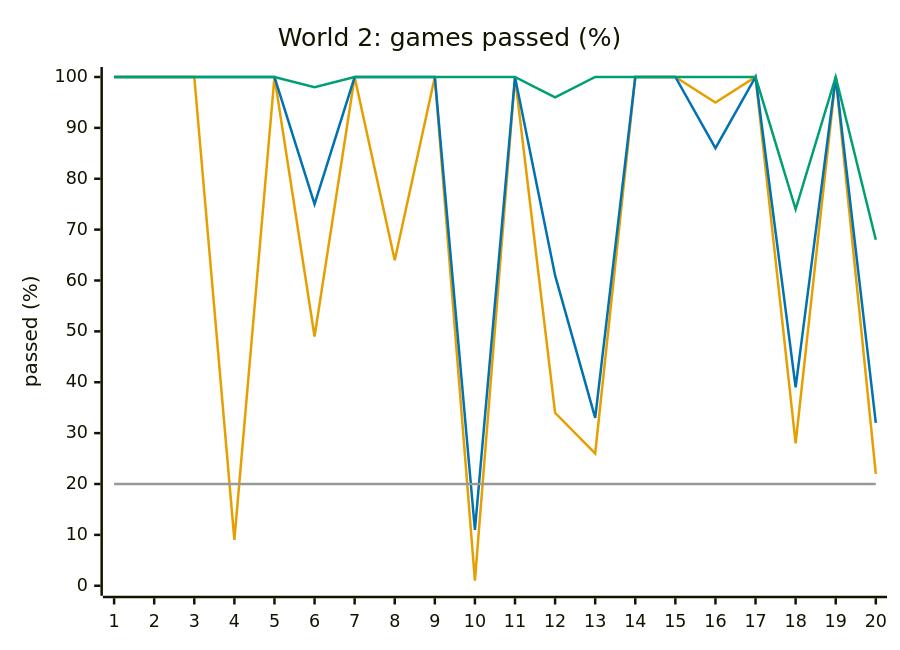
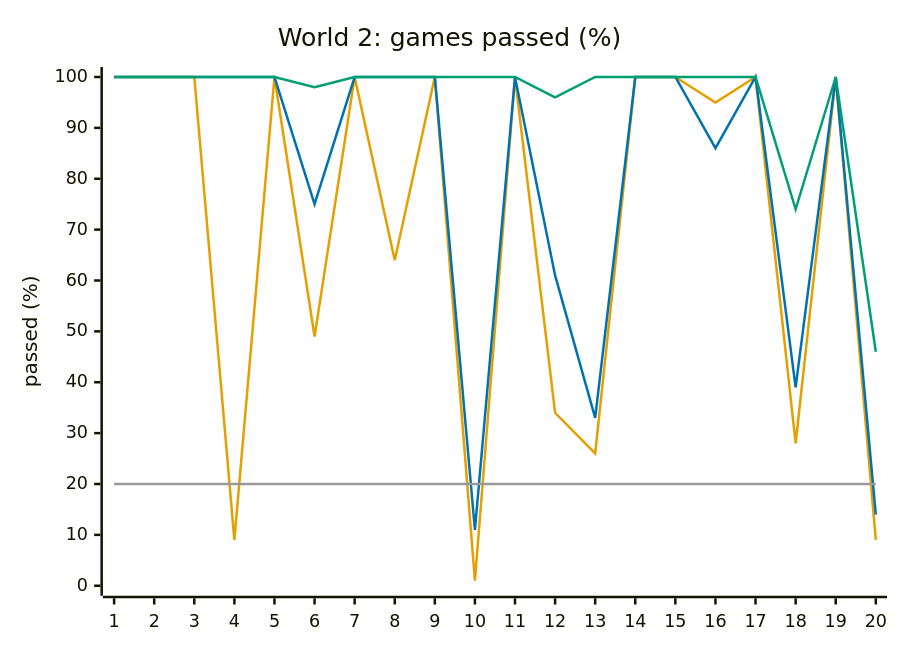
Before and after one commit to Pavelya/dots: the third of 8 diagrams in docs/design/difficulty.md, drawn with Mermaid. The commit also changed other lines of this file and 35 other files, not shown here.

````diff
--- a/docs/design/difficulty.md
+++ b/docs/design/difficulty.md
@@ -180,11 +185,11 @@
 ```mermaid
 %%{init: {"themeVariables": {"xyChart": {"plotColorPalette": "#E69F00, #0072B2, #009E73, #999999"}}}}%%
 xychart-beta
     title "World 2: games passed (%)"
     x-axis ["1", "2", "3", "4", "5", "6", "7", "8", "9", "10", "11", "12", "13", "14", "15", "16", "17", "18", "19", "20"]
     y-axis "passed (%)" 0 --> 100
-    line [100, 100, 100, 9, 100, 49, 100, 64, 100, 1, 100, 34, 26, 100, 100, 95, 100, 28, 100, 22]
-    line [100, 100, 100, 100, 100, 75, 100, 100, 100, 11, 100, 61, 33, 100, 100, 86, 100, 39, 100, 32]
-    line [100, 100, 100, 100, 100, 98, 100, 100, 100, 100, 100, 96, 100, 100, 100, 100, 100, 74, 100, 68]
+    line [100, 100, 100, 9, 100, 49, 100, 64, 100, 1, 100, 34, 26, 100, 100, 95, 100, 28, 100, 9]
+    line [100, 100, 100, 100, 100, 75, 100, 100, 100, 11, 100, 61, 33, 100, 100, 86, 100, 39, 100, 14]
+    line [100, 100, 100, 100, 100, 98, 100, 100, 100, 100, 100, 96, 100, 100, 100, 100, 100, 74, 100, 46]
     line [20, 20, 20, 20, 20, 20, 20, 20, 20, 20, 20, 20, 20, 20, 20, 20, 20, 20, 20, 20]
 ```
````
